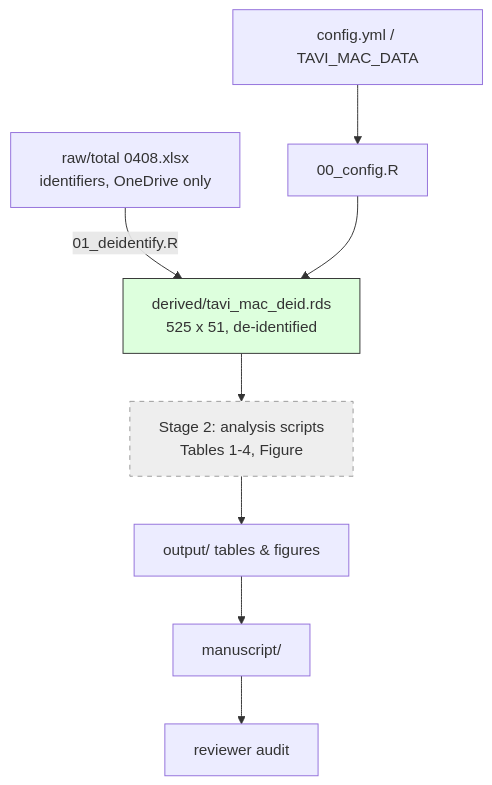
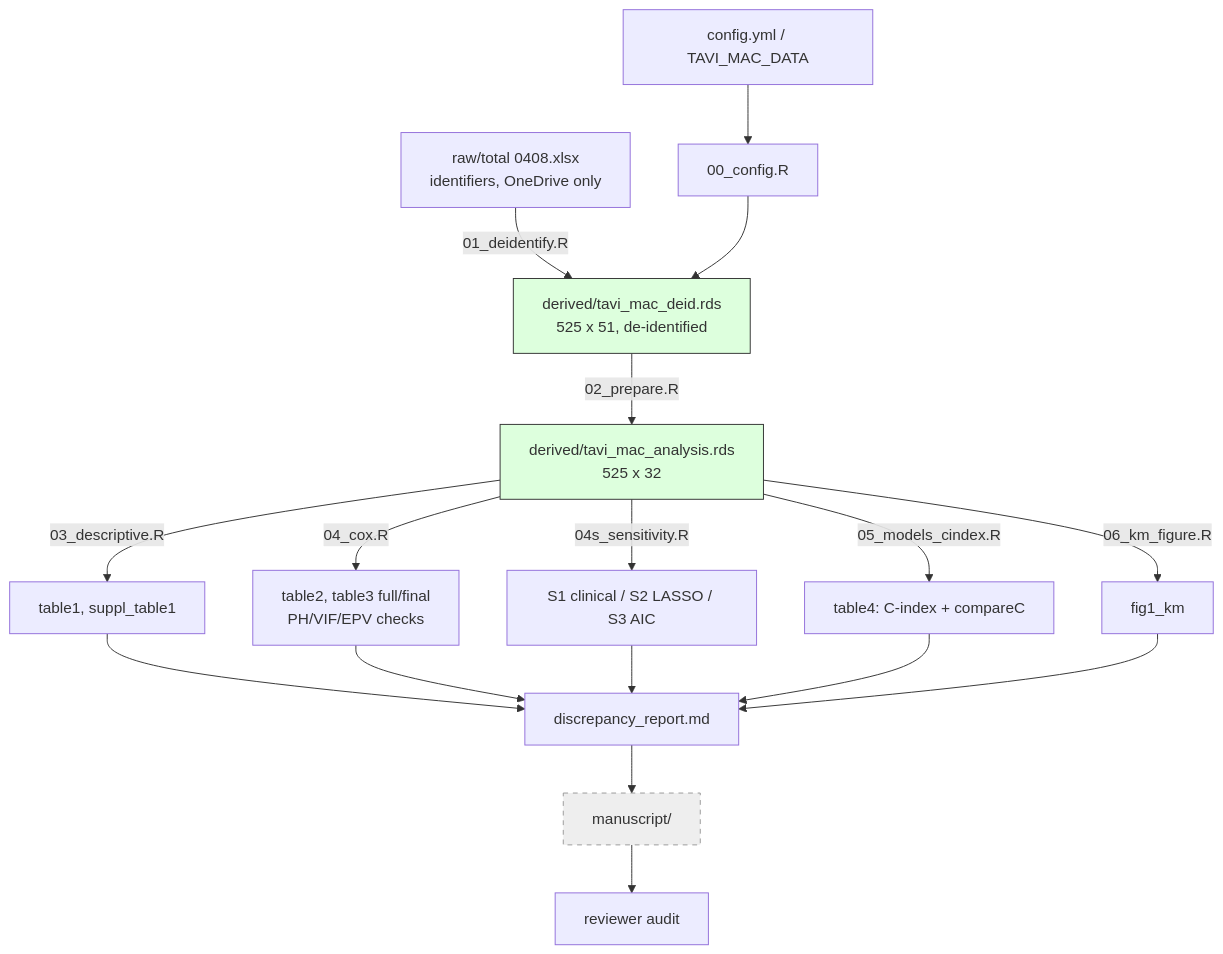
The diagram in PROGRESS.md (jiwonseo1430/TAVI_MAC), drawn with Mermaid before and after one commit. The commit also changed other lines of this file and 6 other files, not shown here.

First line of the commit message:
analysis: stage 2 complete — descriptives, Cox, sensitivity, C-index, KM figure

````diff
--- a/PROGRESS.md
+++ b/PROGRESS.md
@@ -34,12 +41,18 @@
 ```mermaid
 flowchart TD
     A[raw/total 0408.xlsx<br/>identifiers, OneDrive only] -->|01_deidentify.R| B[derived/tavi_mac_deid.rds<br/>525 x 51, de-identified]
     A2[config.yml / TAVI_MAC_DATA] --> C[00_config.R]
     C --> B
-    B --> D[Stage 2: analysis scripts<br/>Tables 1-4, Figure]
-    D --> E[output/ tables & figures]
-    E --> F[manuscript/]
+    B -->|02_prepare.R| P[derived/tavi_mac_analysis.rds<br/>525 x 32]
+    P -->|03_descriptive.R| T1[table1, suppl_table1]
+    P -->|04_cox.R| T2[table2, table3 full/final<br/>PH/VIF/EPV checks]
+    P -->|04s_sensitivity.R| S[S1 clinical / S2 LASSO / S3 AIC]
+    P -->|05_models_cindex.R| T4[table4: C-index + compareC]
+    P -->|06_km_figure.R| F1[fig1_km]
+    T1 & T2 & S & T4 & F1 --> DR[discrepancy_report.md]
+    DR --> F[manuscript/]
     F --> G[reviewer audit]
     style B fill:#dfd,stroke:#333
-    style D fill:#eee,stroke:#999,stroke-dasharray: 5 5
+    style P fill:#dfd,stroke:#333
+    style F fill:#eee,stroke:#999,stroke-dasharray: 5 5
 ```
````
